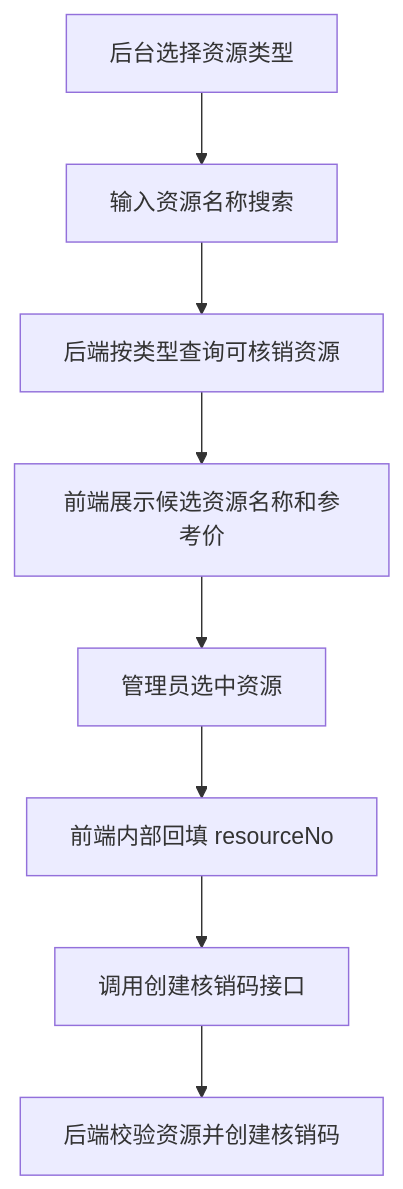
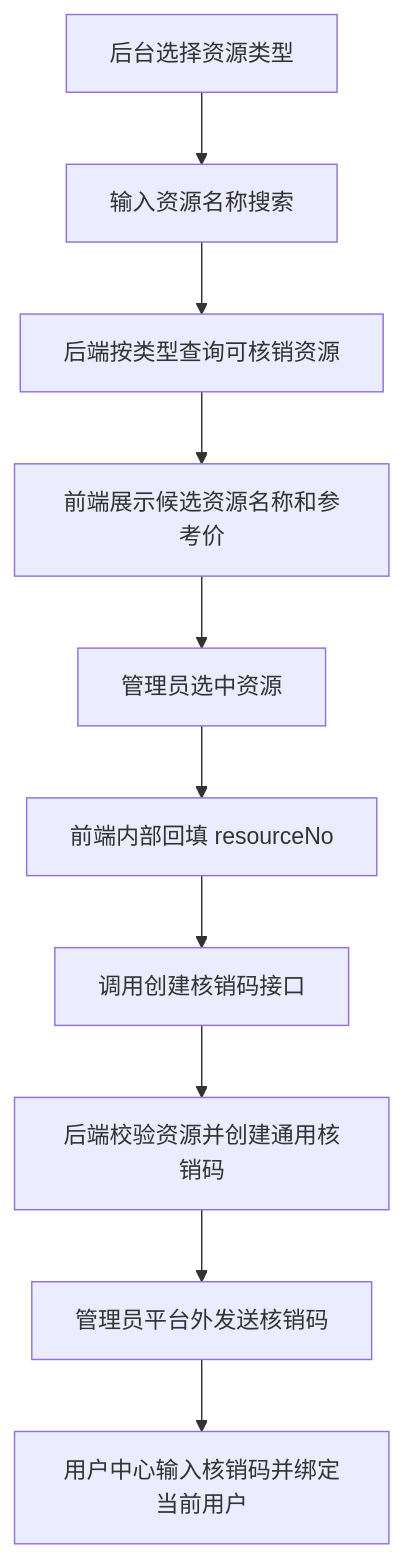
One commit to heroyang1/myself-project changed the diagram in openspec/changes/redeem-code-resource-search/design.md. Above: the diagram before and after it, drawn with Mermaid. The commit also changed other lines of this file and 8 other files, not shown here.

````diff
--- a/openspec/changes/redeem-code-resource-search/design.md
+++ b/openspec/changes/redeem-code-resource-search/design.md
@@ -40,10 +41,12 @@
 ```mermaid
 flowchart TD
   A["后台选择资源类型"] --> B["输入资源名称搜索"]
   B --> C["后端按类型查询可核销资源"]
   C --> D["前端展示候选资源名称和参考价"]
   D --> E["管理员选中资源"]
   E --> F["前端内部回填 resourceNo"]
   F --> G["调用创建核销码接口"]
-  G --> H["后端校验资源并创建核销码"]
+  G --> H["后端校验资源并创建通用核销码"]
+  H --> I["管理员平台外发送核销码"]
+  I --> J["用户中心输入核销码并绑定当前用户"]
 ```
````
